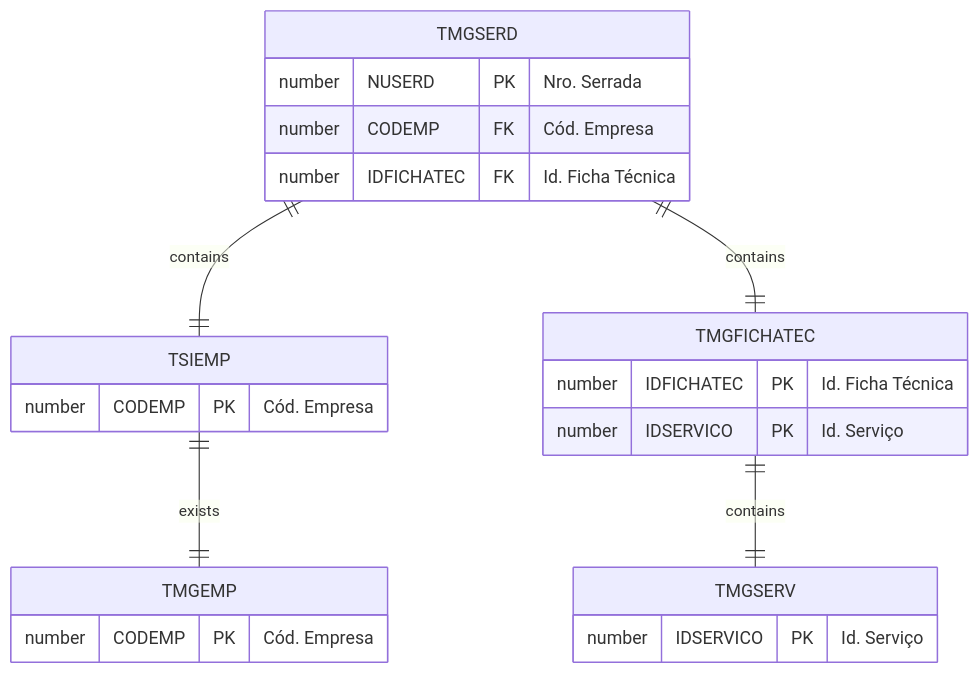
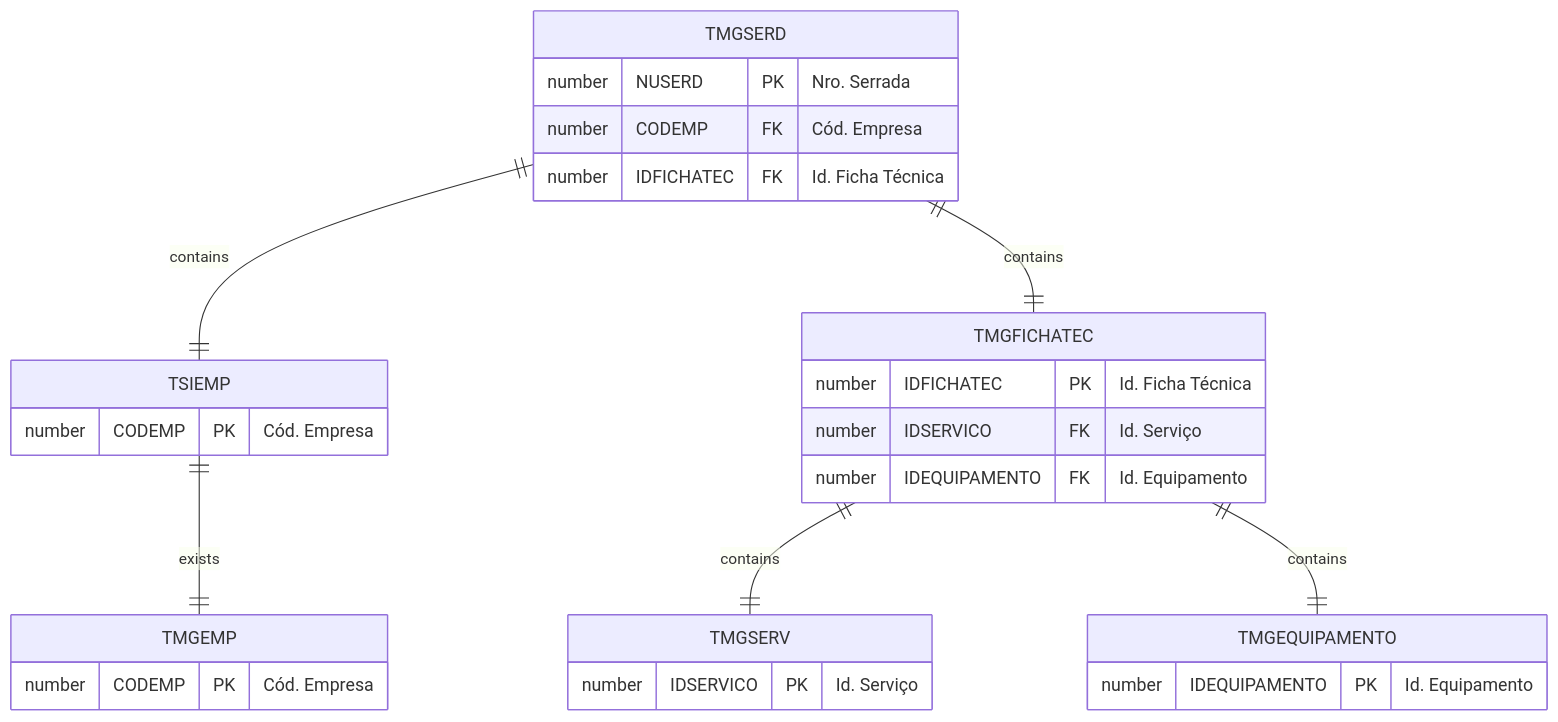
The third of 3 diagrams in docs/_database/index.md (cbmsoft/margrandocs), drawn with Mermaid before and after one commit. The commit also changed other lines of this file and 5 other files, not shown here.

````diff
--- a/docs/_database/index.md
+++ b/docs/_database/index.md
@@ -167,27 +168,32 @@
 ```mermaid
 erDiagram
     TMGSERD ||--|| TSIEMP : contains
     TMGSERD ||--|| TMGFICHATEC : contains
     TMGFICHATEC ||--|| TMGSERV : contains
+    TMGFICHATEC ||--|| TMGEQUIPAMENTO : contains
     
     TSIEMP ||--|| TMGEMP : exists
 
     TMGSERD {
         number NUSERD PK "Nro. Serrada"
         number CODEMP FK "Cód. Empresa"
         number IDFICHATEC FK "Id. Ficha Técnica"
     }
     TSIEMP {
         number CODEMP PK "Cód. Empresa"
     }
     TMGEMP {
         number CODEMP PK "Cód. Empresa"
     }
     TMGFICHATEC {
         number IDFICHATEC PK "Id. Ficha Técnica"
-		number IDSERVICO PK "Id. Serviço"
+		number IDSERVICO FK "Id. Serviço"
+        number IDEQUIPAMENTO FK "Id. Equipamento"
     }
 	TMGSERV {
 		number IDSERVICO PK "Id. Serviço"
 	}
+	TMGEQUIPAMENTO {
+		number IDEQUIPAMENTO PK "Id. Equipamento"
+	}
 ```
````
